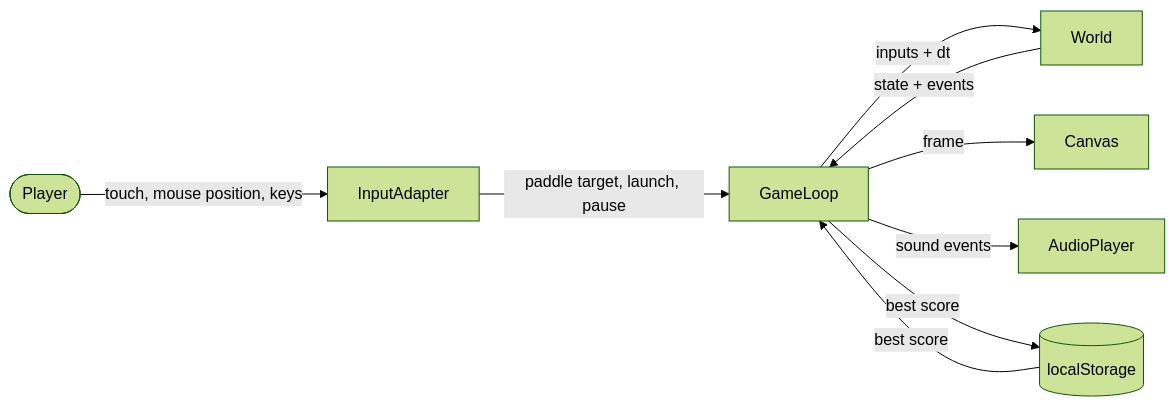
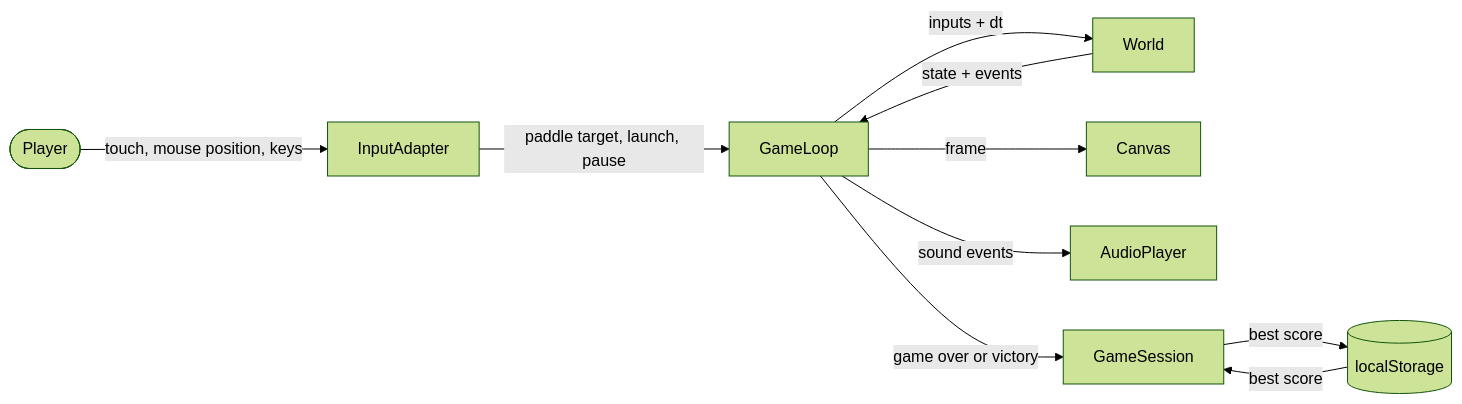
Before and after one commit to benoit-bremaud/retro-bounce: the diagram in docs/architecture/diagrams/gameplay/06-data-flow.md, drawn with Mermaid (forest theme). The commit also changed 4 other files, not shown here.

Commit message:
docs(gameplay): align UML diagrams after self-review

````diff
--- a/docs/architecture/diagrams/gameplay/06-data-flow.md
+++ b/docs/architecture/diagrams/gameplay/06-data-flow.md
@@ -11,11 +11,12 @@
 ```mermaid
 flowchart LR
   Player(["Player"]) -->|"touch, mouse position, keys"| Input["InputAdapter"]
   Input -->|"paddle target, launch, pause"| Loop["GameLoop"]
   Loop -->|"inputs + dt"| World["World"]
   World -->|"state + events"| Loop
   Loop -->|"frame"| Canvas["Canvas"]
   Loop -->|"sound events"| Audio["AudioPlayer"]
-  Loop -->|"best score"| Store[("localStorage")]
-  Store -->|"best score"| Loop
+  Loop -->|"game over or victory"| Session["GameSession"]
+  Session -->|"best score"| Store[("localStorage")]
+  Store -->|"best score"| Session
 ```
````
